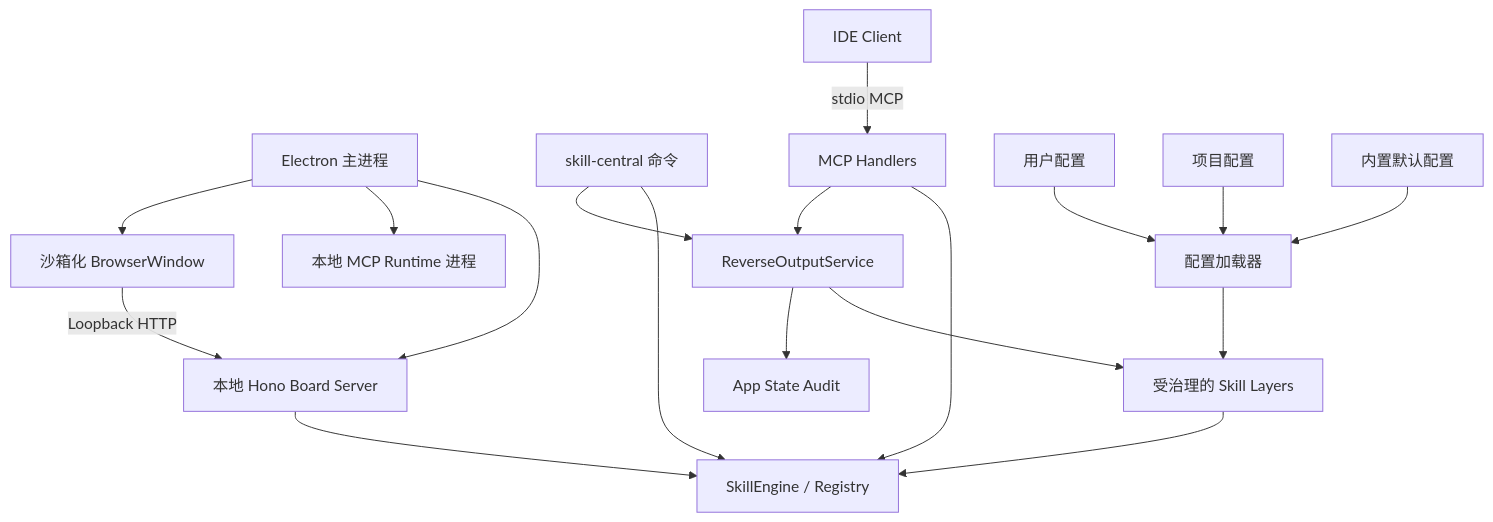
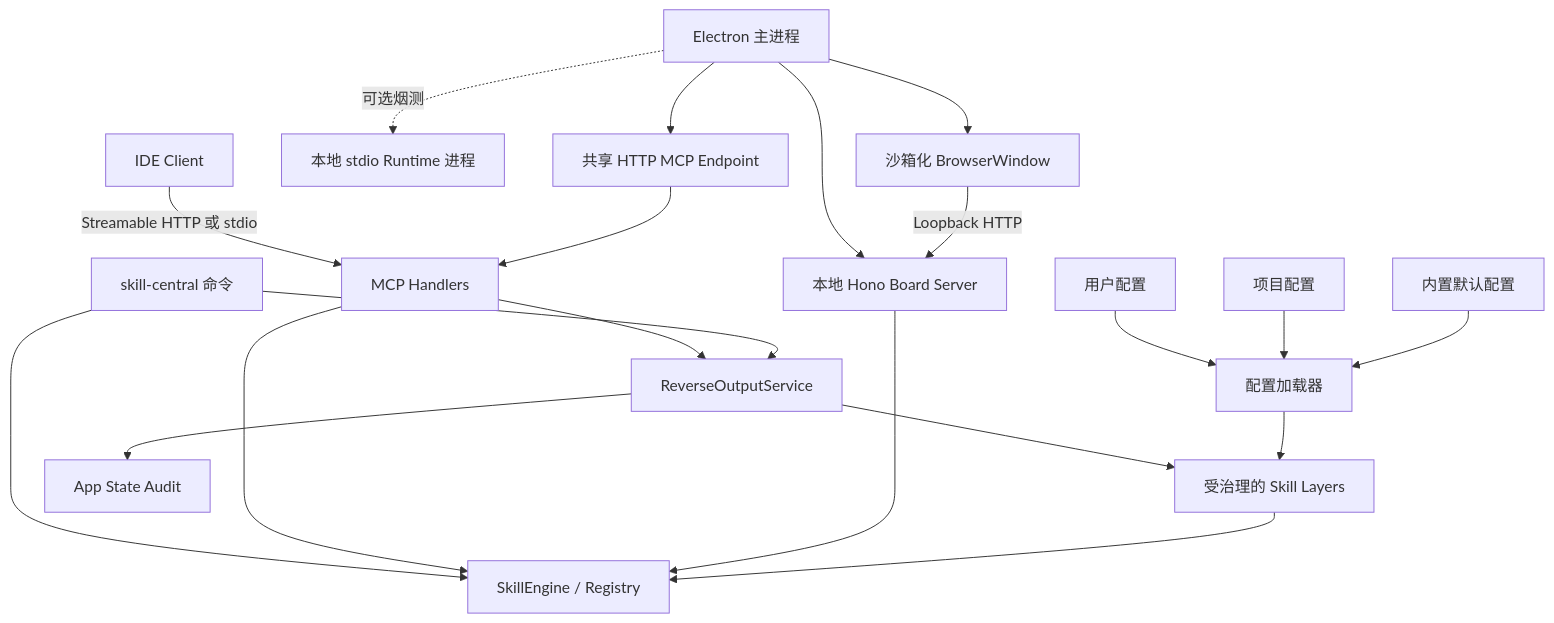
Before and after one commit to BobcGn/skill-central: the first of 5 diagrams in docs/ch/architecture.md, drawn with Mermaid. The commit also changed other lines of this file and 31 other files, not shown here.

````diff
--- a/docs/ch/architecture.md
+++ b/docs/ch/architecture.md
@@ -13,22 +13,24 @@
 ```mermaid
 flowchart TD
     Electron[Electron 主进程] --> Board[本地 Hono Board Server]
-    Electron --> Runtime[本地 MCP Runtime 进程]
+    Electron --> SharedMCP[共享 HTTP MCP Endpoint]
+    Electron -. 可选烟测 .-> Runtime[本地 stdio Runtime 进程]
     Electron --> Window[沙箱化 BrowserWindow]
     Window -->|Loopback HTTP| Board
 
     CLI[skill-central 命令] --> Engine[SkillEngine / Registry]
-    IDE[IDE Client] -->|stdio MCP| MCP[MCP Handlers]
+    IDE[IDE Client] -->|Streamable HTTP 或 stdio| MCP[MCP Handlers]
+    SharedMCP --> MCP
     MCP --> Engine
     MCP --> Reverse[ReverseOutputService]
     CLI --> Reverse
     Reverse --> Layers
     Reverse --> Audit[App State Audit]
     Board --> Engine
 
     Global[用户配置] --> Config[配置加载器]
     Project[项目配置] --> Config
     Defaults[内置默认配置] --> Config
     Config --> Layers[受治理的 Skill Layers]
     Layers --> Engine
 ```
````
